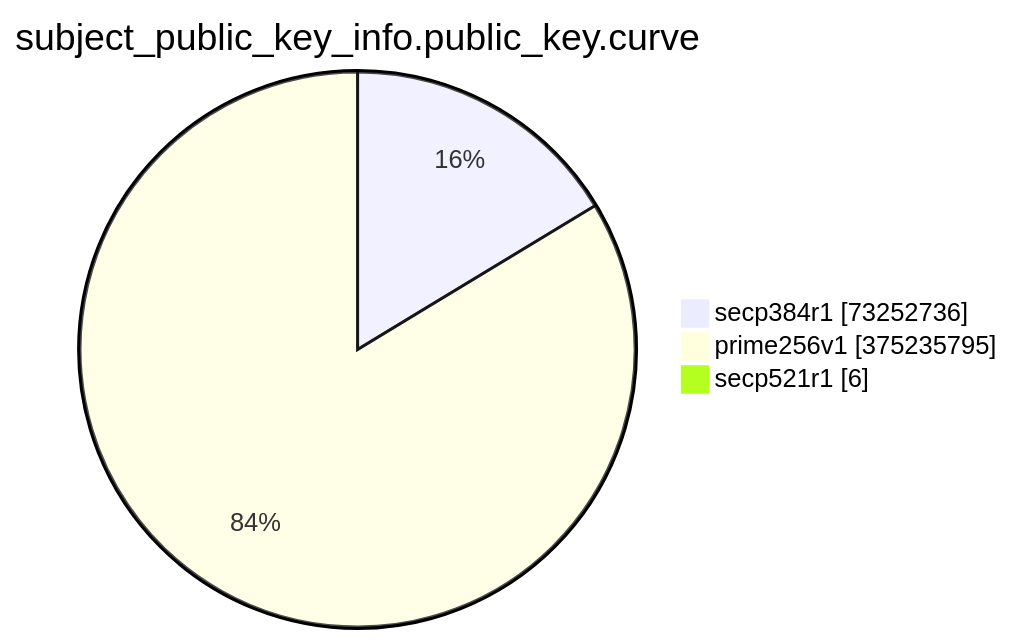
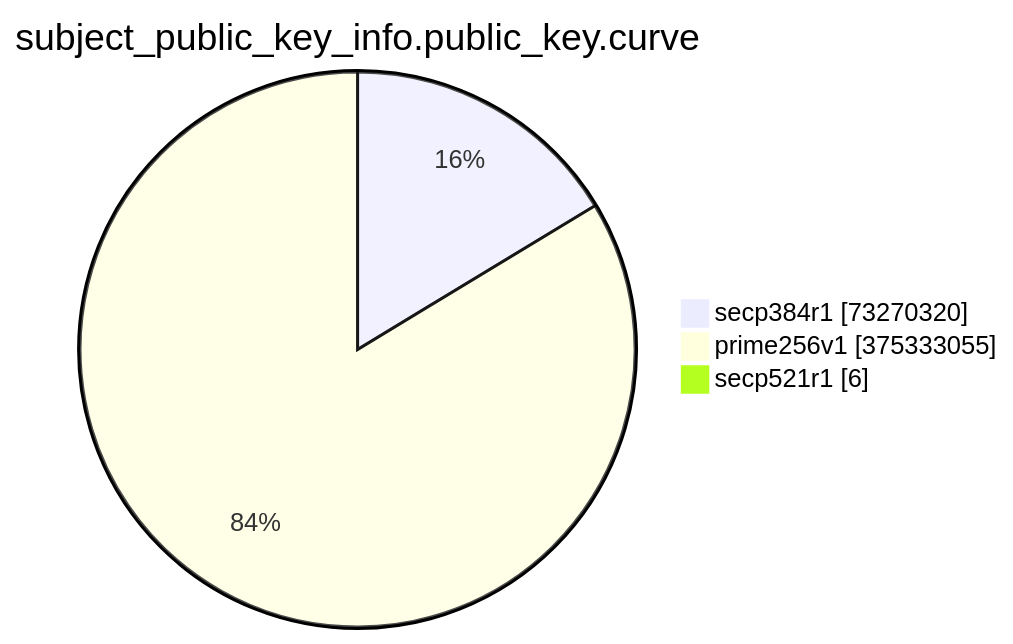
The eighth of 15 diagrams in TOTAL/README.md (christiankrug/ctmonitor_visualization), drawn with Mermaid before and after one commit. The commit also changed other lines of this file, not shown here.

````diff
--- a/TOTAL/README.md
+++ b/TOTAL/README.md
@@ -3092,7 +3092,7 @@
 ```mermaid
 pie showData
 title subject_public_key_info.public_key.curve
-"secp384r1" :73252736
-"prime256v1" :375235795
+"secp384r1" :73270320
+"prime256v1" :375333055
 "secp521r1" :6
 ```
````
